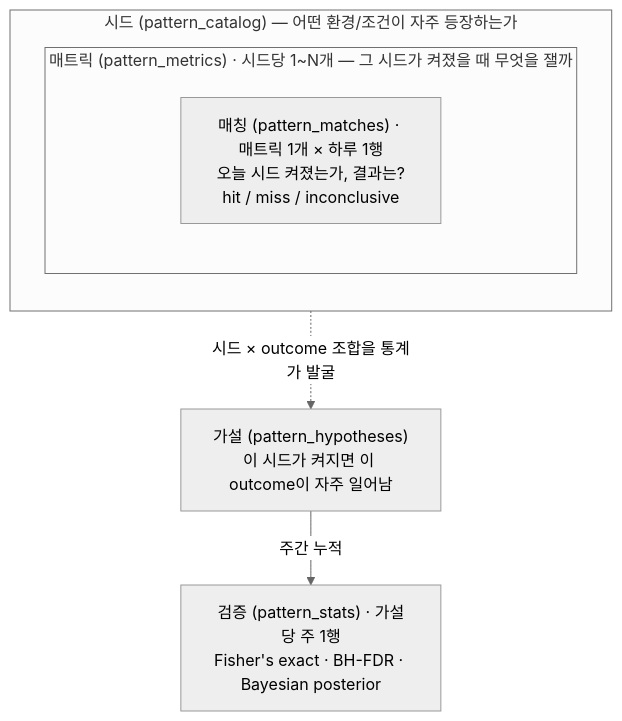
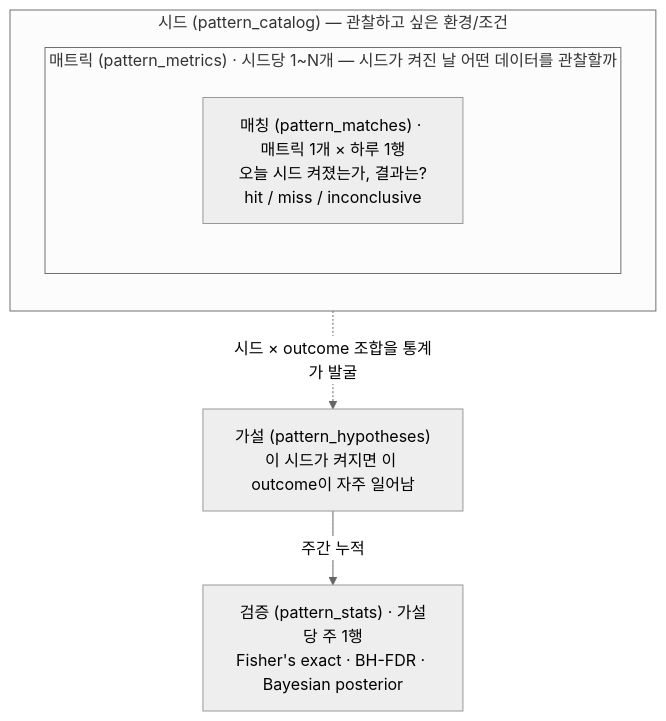
Before and after one commit to hyewon3938/slack-ai-agents: the second of 7 diagrams in docs/explainers/insight-v2.md, drawn with Mermaid (neutral theme). The commit also changed other lines of this file, not shown here.

````diff
--- a/docs/explainers/insight-v2.md
+++ b/docs/explainers/insight-v2.md
@@ -122,16 +122,16 @@
 ```mermaid
 flowchart TB
-  subgraph SEED["시드 (pattern_catalog) — 어떤 환경/조건이 자주 등장하는가"]
+  subgraph SEED["시드 (pattern_catalog) — 관찰하고 싶은 환경/조건"]
     direction TB
-    subgraph METRIC["매트릭 (pattern_metrics) · 시드당 1~N개 — 그 시드가 켜졌을 때 무엇을 잴까"]
+    subgraph METRIC["매트릭 (pattern_metrics) · 시드당 1~N개 — 시드가 켜진 날 어떤 데이터를 관찰할까"]
       direction TB
       MATCH["매칭 (pattern_matches) · 매트릭 1개 × 하루 1행<br/>오늘 시드 켜졌는가, 결과는?<br/>hit / miss / inconclusive"]
     end
   end
 
   HYP["가설 (pattern_hypotheses)<br/>이 시드가 켜지면 이 outcome이 자주 일어남"]
   VER["검증 (pattern_stats) · 가설당 주 1행<br/>Fisher's exact · BH-FDR · Bayesian posterior"]
 
   SEED -. 시드 × outcome 조합을 통계가 발굴 .-> HYP
   HYP -- 주간 누적 --> VER
 ```
````
